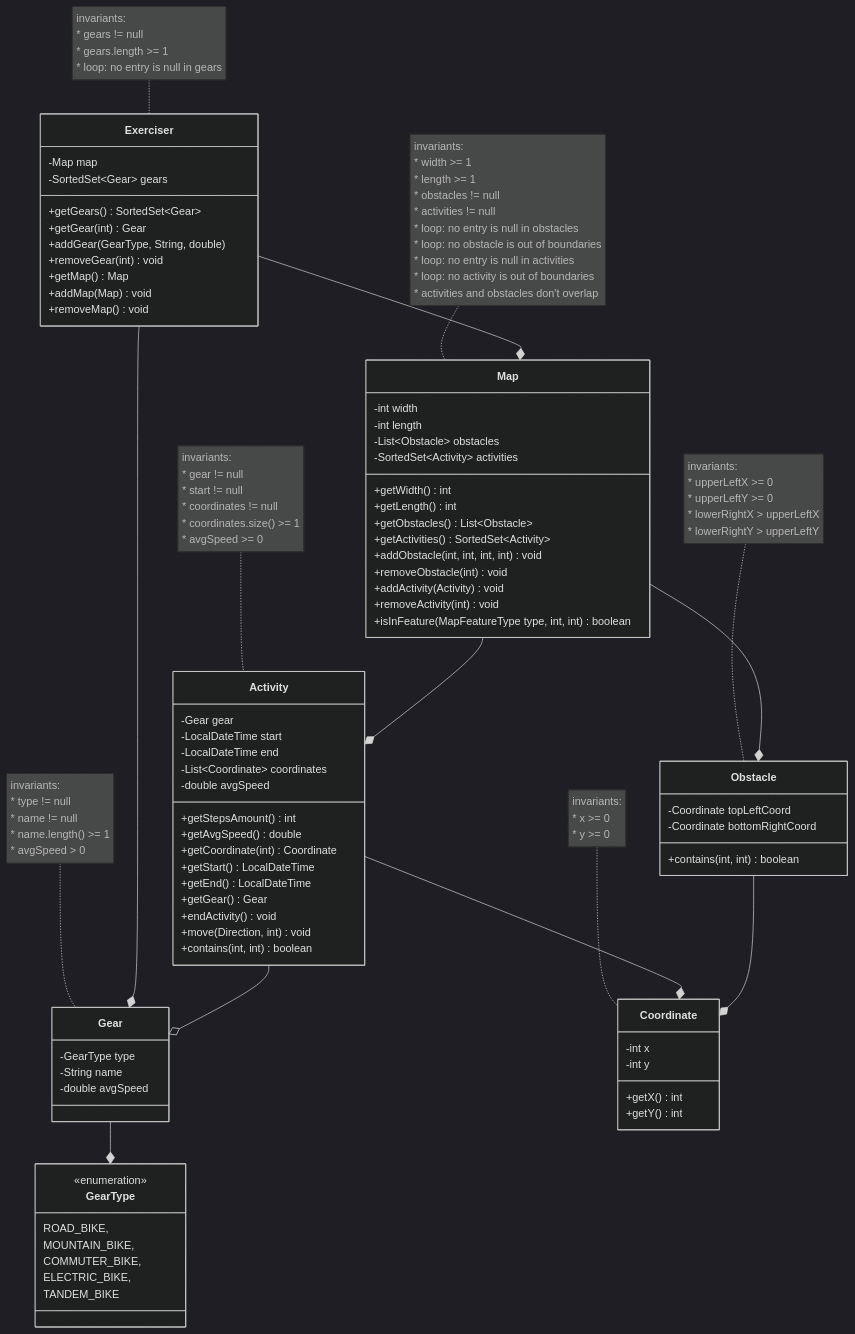
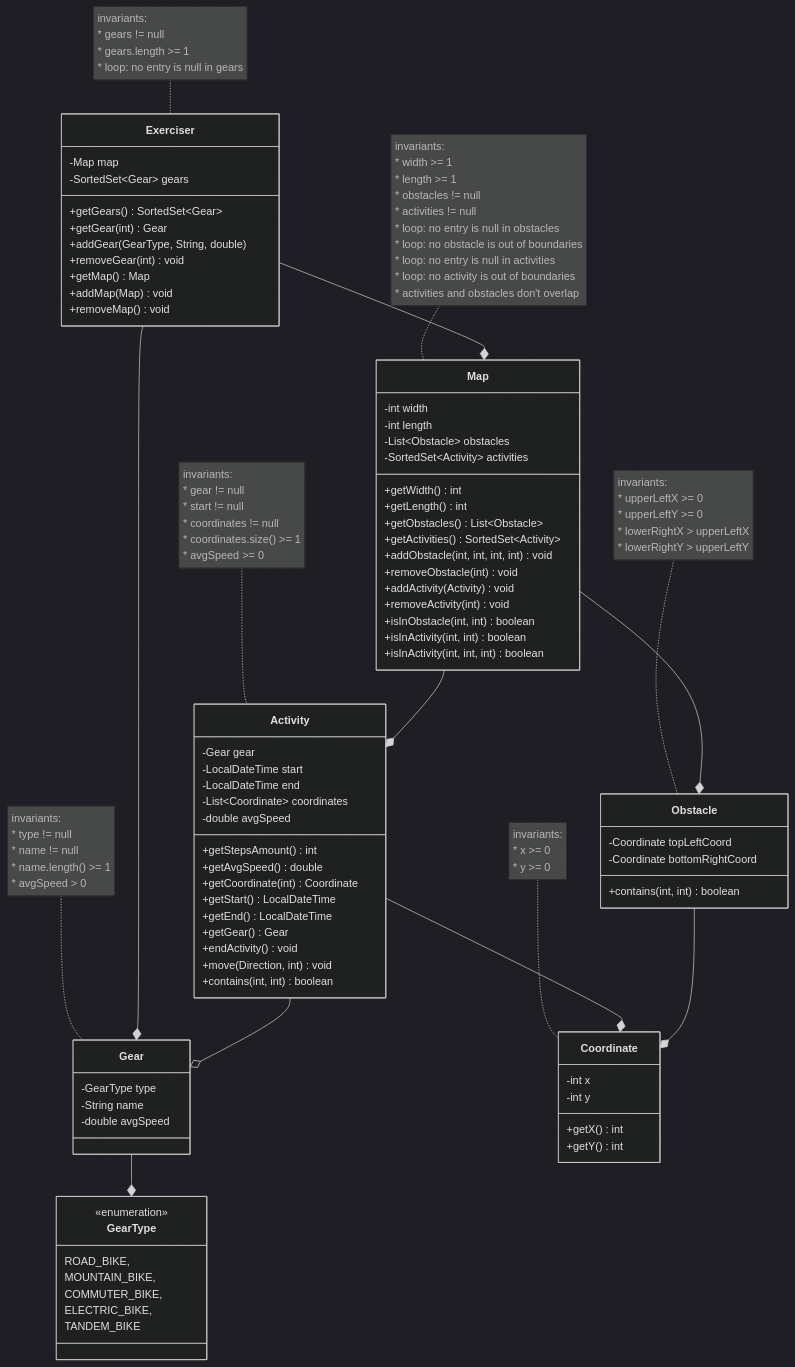
Before and after one commit to NarekVeranyan05/exercise_tracker: the diagram in README.md, drawn with Mermaid (dark theme). The commit also changed 1 other file, not shown here.

Commit message:
-phase 1 final version

```diff
--- a/README.md
+++ b/README.md
@@ -99,7 +99,9 @@
         +removeObstacle(int) void
         +addActivity(Activity) void
         +removeActivity(int) void
-        +isInFeature(MapFeatureType type, int, int) boolean
+        +isInObstacle(int, int) boolean
+        +isInActivity(int, int) boolean
+        +isInActivity(int, int, int) boolean
     }
 
     note for Map"invariants:
```
